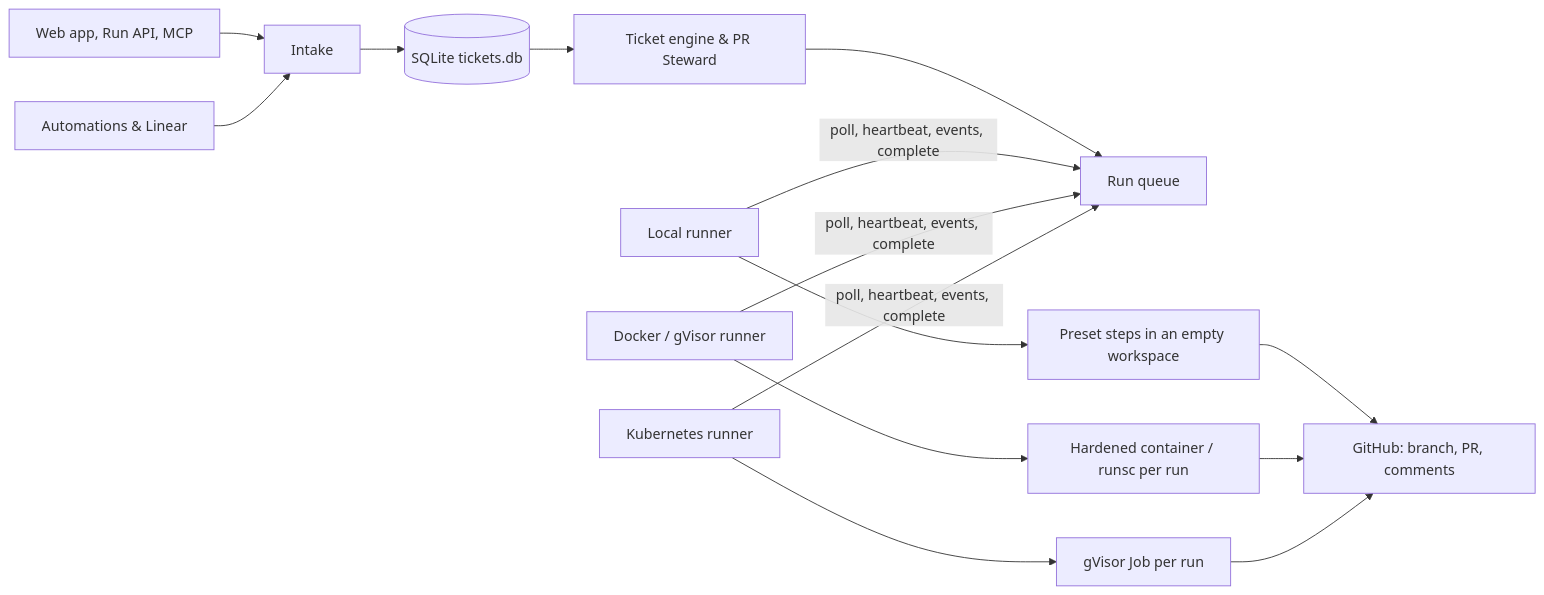
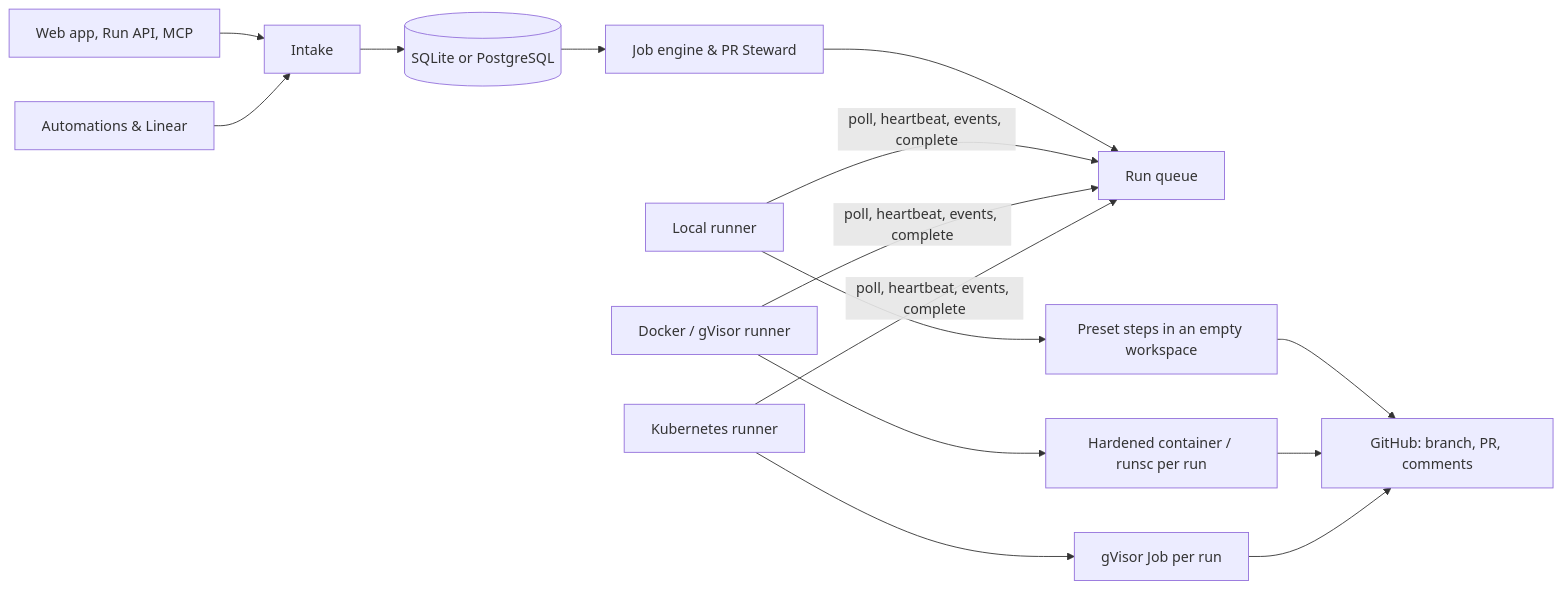
The diagram in ARCHITECTURE.md (owainlewis/machinist), drawn with Mermaid before and after one commit. The commit also changed other lines of this file and 4 other files, not shown here.

Commit message:
docs: align README, architecture, and vision with current product and terminology

````diff
--- a/ARCHITECTURE.md
+++ b/ARCHITECTURE.md
@@ -24,17 +44,17 @@
 ```mermaid
 flowchart LR
     Assign[Web app, Run API, MCP] --> Intake
     Schedule[Automations & Linear] --> Intake
-    Intake --> Store[(SQLite tickets.db)]
-    Store --> Engine[Ticket engine & PR Steward]
+    Intake --> Store[(SQLite or PostgreSQL)]
+    Store --> Engine[Job engine & PR Steward]
     Engine --> Queue[Run queue]
     Local[Local runner] -->|poll, heartbeat, events, complete| Queue
     Docker[Docker / gVisor runner] -->|poll, heartbeat, events, complete| Queue
     Kube[Kubernetes runner] -->|poll, heartbeat, events, complete| Queue
     Local --> Steps[Preset steps in an empty workspace]
     Docker --> Container[Hardened container / runsc per run]
     Kube --> Job[gVisor Job per run]
     Steps --> GitHub[GitHub: branch, PR, comments]
     Container --> GitHub
     Job --> GitHub
 ```
````
